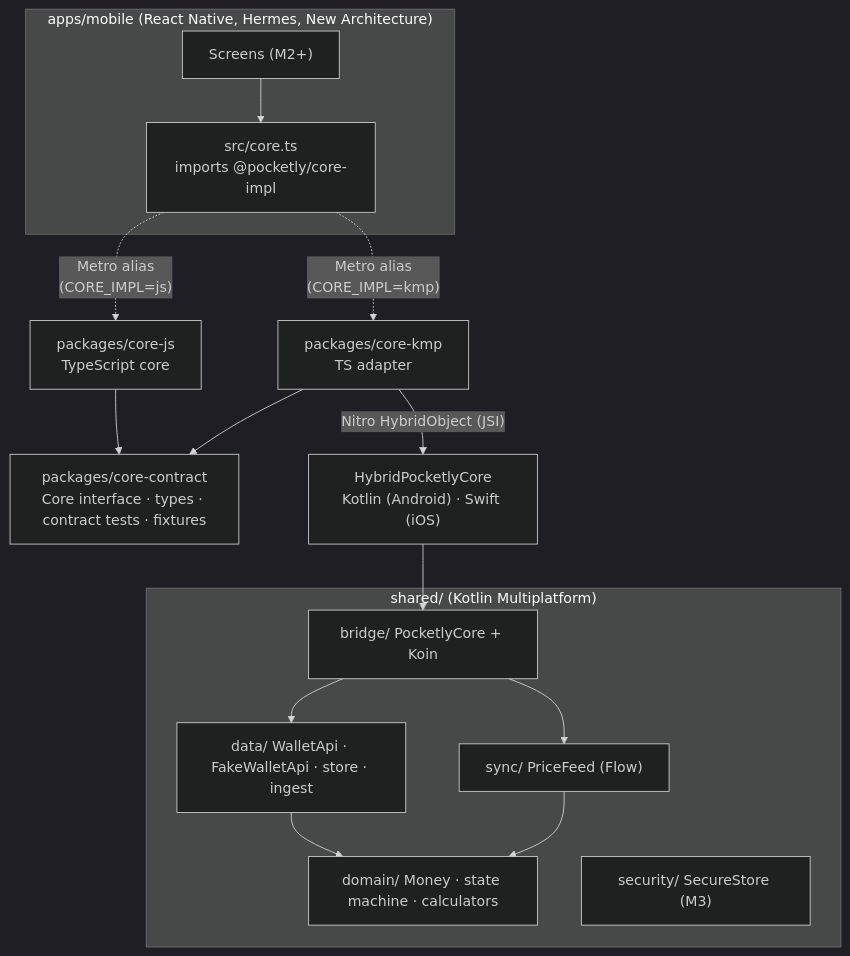
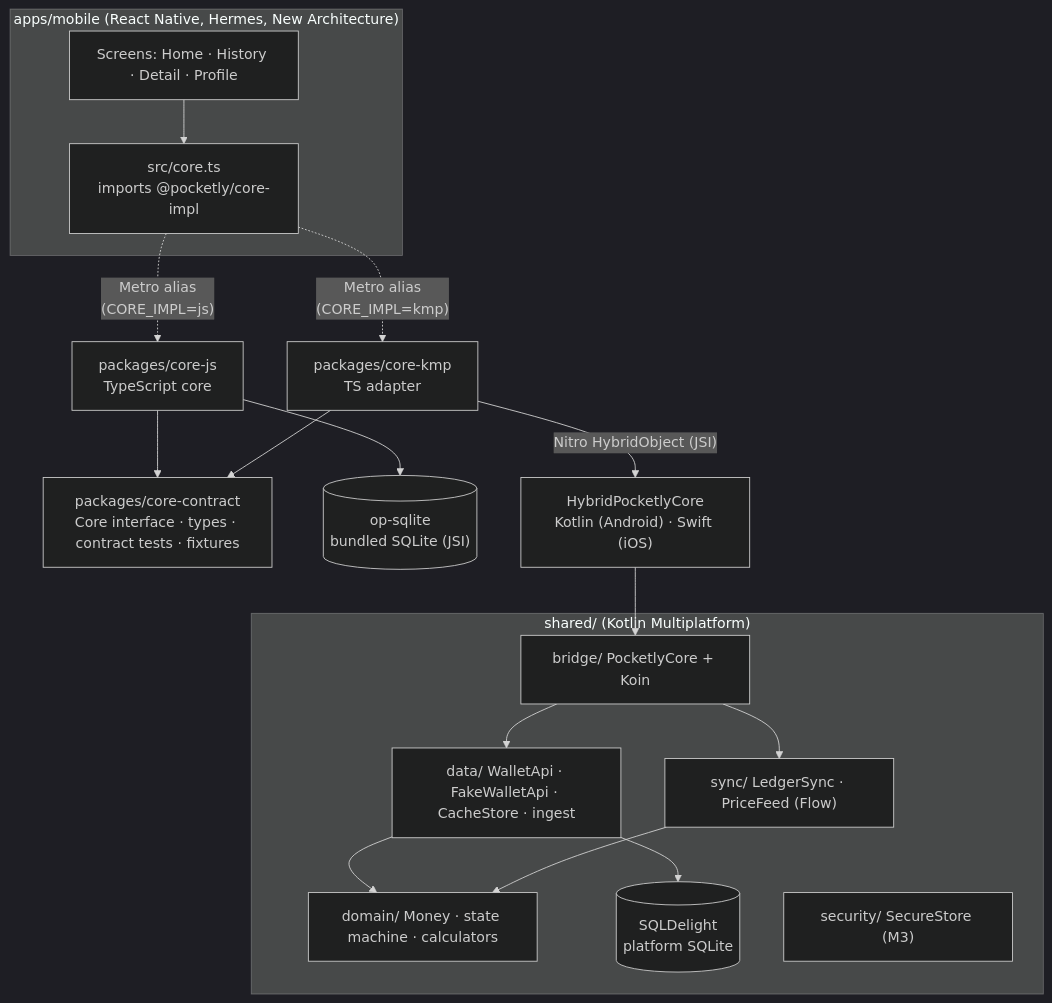
Before and after one commit to ezrayamin/pocketly: the first of 2 diagrams in docs/architecture.md, drawn with Mermaid (dark theme). The commit also changed other lines of this file and 12 other files, not shown here.

````diff
--- a/docs/architecture.md
+++ b/docs/architecture.md
@@ -6,24 +6,26 @@
 ```mermaid
 flowchart TB
   subgraph RN["apps/mobile (React Native, Hermes, New Architecture)"]
-    UI["Screens (M2+)"] --> CoreTs["src/core.ts<br/>imports @pocketly/core-impl"]
+    UI["Screens: Home · History · Detail · Profile"] --> CoreTs["src/core.ts<br/>imports @pocketly/core-impl"]
   end
 
   CoreTs -. "Metro alias<br/>(CORE_IMPL=js)" .-> CJS
   CoreTs -. "Metro alias<br/>(CORE_IMPL=kmp)" .-> CKMP
 
   Contract["packages/core-contract<br/>Core interface · types · contract tests · fixtures"]
   CJS["packages/core-js<br/>TypeScript core"] --> Contract
+  CJS --> OpSqlite[("op-sqlite<br/>bundled SQLite (JSI)")]
   CKMP["packages/core-kmp<br/>TS adapter"] --> Contract
 
   CKMP -- "Nitro HybridObject (JSI)" --> Adapter["HybridPocketlyCore<br/>Kotlin (Android) · Swift (iOS)"]
   Adapter --> Facade
 
   subgraph Shared["shared/ (Kotlin Multiplatform)"]
-    Facade["bridge/ PocketlyCore + Koin"] --> Data["data/ WalletApi · FakeWalletApi · store · ingest"]
-    Facade --> Sync["sync/ PriceFeed (Flow)"]
+    Facade["bridge/ PocketlyCore + Koin"] --> Data["data/ WalletApi · FakeWalletApi · CacheStore · ingest"]
+    Facade --> Sync["sync/ LedgerSync · PriceFeed (Flow)"]
     Data --> Domain["domain/ Money · state machine · calculators"]
     Sync --> Domain
+    Data --> SqlDelight[("SQLDelight<br/>platform SQLite")]
     Security["security/ SecureStore (M3)"]
   end
 ```
````
